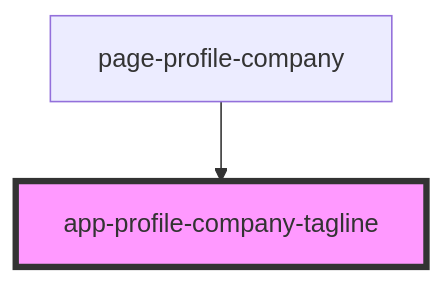
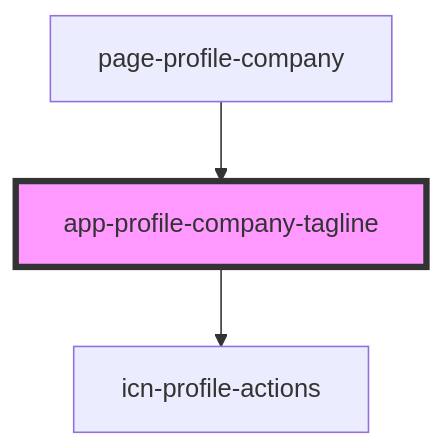
The diagram in iconeventnetwork-web/src/components/app-profile-company-tagline/readme.md (lokheed/IconEventNetwork.Web), drawn with Mermaid before and after one commit. The commit also changed other lines of this file and 37 other files, not shown here.

Commit message:
refactor profile edit/delete actions

````diff
--- a/iconeventnetwork-web/src/components/app-profile-company-tagline/readme.md
+++ b/iconeventnetwork-web/src/components/app-profile-company-tagline/readme.md
@@ -23,5 +27,6 @@
 ```mermaid
 graph TD;
+  app-profile-company-tagline --> icn-profile-actions
   page-profile-company --> app-profile-company-tagline
   style app-profile-company-tagline fill:#f9f,stroke:#333,stroke-width:4px
 ```
````
